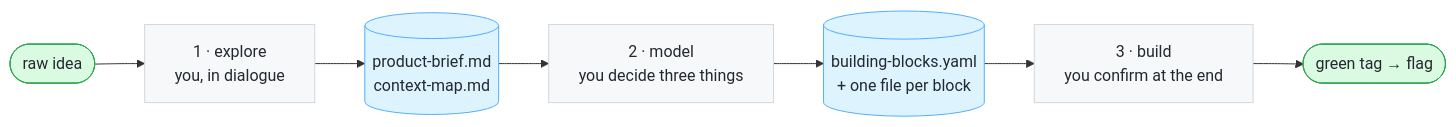
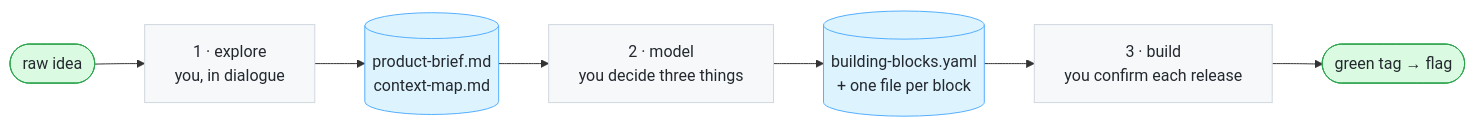
Before and after one commit to lucolucus/mismagent: the first of 2 diagrams in README.md, drawn with Mermaid. The commit also changed other lines of this file and 46 other files, not shown here.

````diff
--- a/README.md
+++ b/README.md
@@ -8,16 +8,16 @@
 ```mermaid
 flowchart LR
     idea([raw idea]) --> EX["1 · explore<br/>you, in dialogue"]
     EX --> f1[("product-brief.md<br/>context-map.md")]
     f1 --> MO["2 · model<br/>you decide three things"]
     MO --> f2[("building-blocks.yaml<br/>+ one file per block")]
-    BU["3 · build<br/>you confirm at the end"] --> done([green tag → flag])
+    BU["3 · build<br/>you confirm each release"] --> done([green tag → flag])
     f2 --> BU
 
     classDef step fill:#f6f8fa,stroke:#d0d7de,color:#24292f
     classDef file fill:#ddf4ff,stroke:#54aeff,color:#24292f
     classDef term fill:#dafbe1,stroke:#2da44e,color:#24292f
     class EX,MO,BU step
     class f1,f2 file
     class idea,done term
 ```
````
